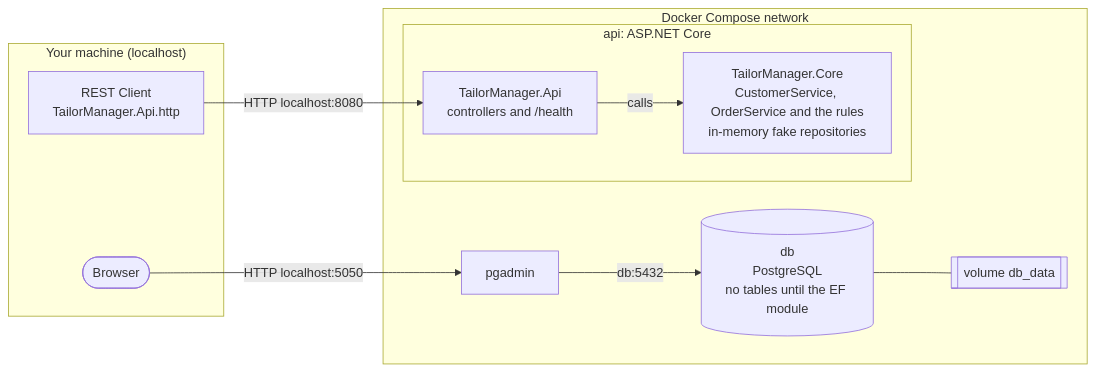
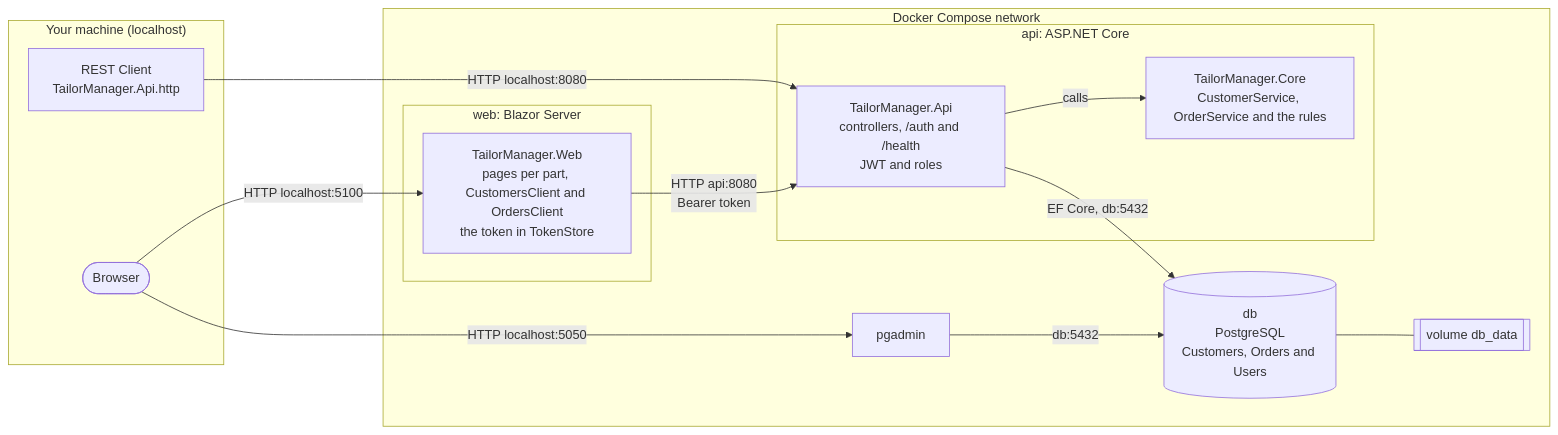
The fourth of 6 diagrams in Documentation/Specification.md (bj0594/TailorManager), drawn with Mermaid before and after one commit. The commit also changed other lines of this file, not shown here.

````diff
--- a/Documentation/Specification.md
+++ b/Documentation/Specification.md
@@ -212,24 +226,30 @@
 ```mermaid
 flowchart LR
     subgraph host["Your machine (localhost)"]
         browser(["Browser"])
         restclient["REST Client<br/>TailorManager.Api.http"]
     end
 
     subgraph compose["Docker Compose network"]
+        subgraph web["web: Blazor Server"]
+            webproj["TailorManager.Web<br/>pages per part, CustomersClient and OrdersClient<br/>the token in TokenStore"]
+        end
         subgraph api["api: ASP.NET Core"]
-            apiproj["TailorManager.Api<br/>controllers and /health"]
-            core["TailorManager.Core<br/>CustomerService, OrderService and the rules<br/>in-memory fake repositories"]
+            apiproj["TailorManager.Api<br/>controllers, /auth and /health<br/>JWT and roles"]
+            core["TailorManager.Core<br/>CustomerService, OrderService and the rules"]
             apiproj -- "calls" --> core
         end
 
-        db[("db<br/>PostgreSQL<br/>no tables until the EF module")]
+        db[("db<br/>PostgreSQL<br/>Customers, Orders and Users")]
         vol[["volume db_data"]]
         pgadmin["pgadmin"]
     end
 
+    browser -- "HTTP localhost:5100" --> webproj
+    webproj -- "HTTP api:8080<br/>Bearer token" --> apiproj
     restclient -- "HTTP localhost:8080" --> apiproj
+    apiproj -- "EF Core, db:5432" --> db
     browser -- "HTTP localhost:5050" --> pgadmin
     pgadmin -- "db:5432" --> db
     db --- vol
 ```
````
